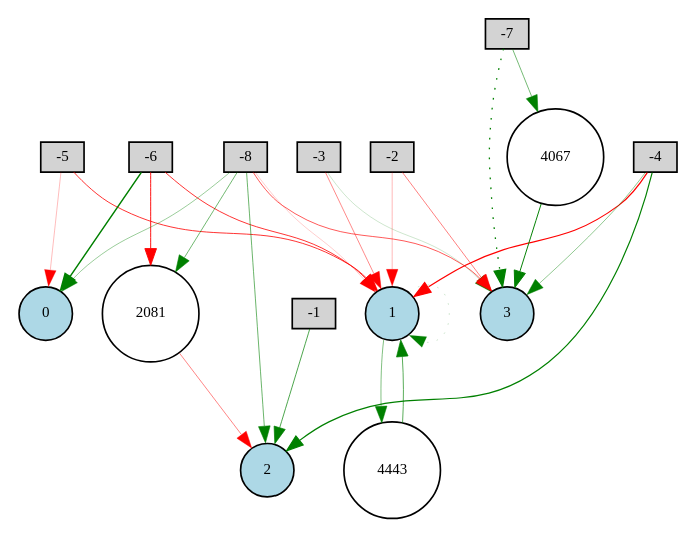
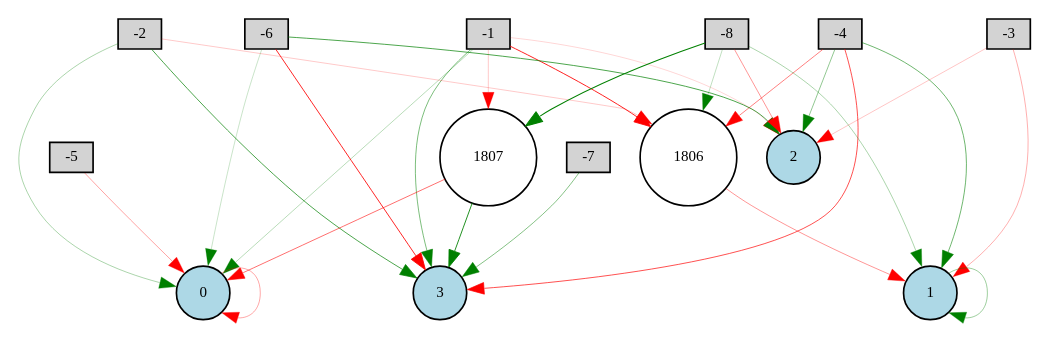
One commit to DanyBoi22/WP_EA_Shared changed the diagram in New folder/py-scripte/NEAT-Code-Template/Digraph.gv. Above: the diagram before and after it, drawn with Graphviz. The commit also changed 4 other files, not shown here.

```diff
--- a/New folder/py-scripte/NEAT-Code-Template/Digraph.gv
+++ b/New folder/py-scripte/NEAT-Code-Template/Digraph.gv
@@ -1,43 +1,45 @@
 digraph {
 	node [fontsize=9 height=0.2 shape=circle width=0.2]
 	-1 [fillcolor=lightgray shape=box style=filled]
 	-2 [fillcolor=lightgray shape=box style=filled]
 	-3 [fillcolor=lightgray shape=box style=filled]
 	-4 [fillcolor=lightgray shape=box style=filled]
 	-5 [fillcolor=lightgray shape=box style=filled]
 	-6 [fillcolor=lightgray shape=box style=filled]
 	-7 [fillcolor=lightgray shape=box style=filled]
 	-8 [fillcolor=lightgray shape=box style=filled]
 	0 [fillcolor=lightblue style=filled]
 	1 [fillcolor=lightblue style=filled]
 	2 [fillcolor=lightblue style=filled]
 	3 [fillcolor=lightblue style=filled]
-	4067 [fillcolor=white style=filled]
-	2081 [fillcolor=white style=filled]
-	4443 [fillcolor=white style=filled]
-	-8 -> 1 [color=red penwidth=0.11820117066678733 style=solid]
-	-3 -> 3 [color=green penwidth=0.12377965938598022 style=solid]
-	-6 -> 0 [color=green penwidth=0.9043138877068128 style=solid]
-	-2 -> 1 [color=red penwidth=0.16531682660136343 style=solid]
-	-3 -> 1 [color=red penwidth=0.28334723550891927 style=solid]
-	-8 -> 0 [color=green penwidth=0.23698247446468357 style=solid]
-	-5 -> 0 [color=red penwidth=0.15943648254432685 style=solid]
-	-4 -> 1 [color=red penwidth=0.7235766639252913 style=solid]
-	-1 -> 2 [color=green penwidth=0.41706265342849 style=solid]
-	1 -> 1 [color=green penwidth=0.12022297731501022 style=dotted]
-	-4 -> 2 [color=green penwidth=0.7072699494933792 style=solid]
-	-8 -> 3 [color=red penwidth=0.3860304330024721 style=solid]
-	-8 -> 2 [color=green penwidth=0.3512382342927819 style=solid]
-	-2 -> 3 [color=red penwidth=0.2960100350373645 style=solid]
-	-5 -> 1 [color=red penwidth=0.48316818031143194 style=solid]
-	-6 -> 1 [color=red penwidth=0.47597761565734176 style=solid]
-	-4 -> 3 [color=green penwidth=0.25581764130248336 style=solid]
-	-8 -> 2081 [color=green penwidth=0.3445868133357262 style=solid]
-	2081 -> 2 [color=red penwidth=0.2871667780895002 style=solid]
-	-7 -> 3 [color=green penwidth=0.7720164502369912 style=dotted]
-	-7 -> 4067 [color=green penwidth=0.3302421546262231 style=solid]
-	4067 -> 3 [color=green penwidth=0.593556955519378 style=solid]
-	-6 -> 2081 [color=red penwidth=0.5553256545426478 style=solid]
-	1 -> 4443 [color=green penwidth=0.30000000000000004 style=solid]
-	4443 -> 1 [color=green penwidth=0.39449706433359766 style=solid]
+	1806 [fillcolor=white style=filled]
+	1807 [fillcolor=white style=filled]
+	1807 -> 3 [color=green penwidth=0.5203779711620016 style=solid]
+	-8 -> 1806 [color=green penwidth=0.14566514705020217 style=solid]
+	-3 -> 2 [color=red penwidth=0.14481735727516964 style=solid]
+	-1 -> 0 [color=green penwidth=0.17334624897534218 style=solid]
+	-8 -> 1 [color=green penwidth=0.198842579177963 style=solid]
+	-1 -> 2 [color=red penwidth=0.10261571090277789 style=solid]
+	0 -> 0 [color=red penwidth=0.20659597960670506 style=solid]
+	-4 -> 1806 [color=red penwidth=0.3046238101887657 style=solid]
+	1807 -> 0 [color=red penwidth=0.33657177871228383 style=solid]
+	1 -> 1 [color=green penwidth=0.23338915448996103 style=solid]
+	-6 -> 3 [color=red penwidth=0.5062444631191089 style=solid]
+	-8 -> 2 [color=red penwidth=0.2525685675812962 style=solid]
+	-1 -> 3 [color=green penwidth=0.3124480326012422 style=solid]
+	-6 -> 2 [color=green penwidth=0.41754650862117026 style=solid]
+	-4 -> 2 [color=green penwidth=0.2644361644646513 style=solid]
+	-6 -> 0 [color=green penwidth=0.1252061942144616 style=solid]
+	-3 -> 1 [color=red penwidth=0.1911413487323248 style=solid]
+	-4 -> 3 [color=red penwidth=0.4121628110286405 style=solid]
+	-8 -> 1807 [color=green penwidth=0.6087222647061465 style=solid]
+	-2 -> 3 [color=green penwidth=0.4245984461068276 style=solid]
+	-1 -> 1807 [color=red penwidth=0.1263129860558826 style=solid]
+	1806 -> 1 [color=red penwidth=0.24524243328906933 style=solid]
+	-7 -> 3 [color=green penwidth=0.2919539417979974 style=solid]
+	-5 -> 0 [color=red penwidth=0.21653527123366925 style=solid]
+	-2 -> 1806 [color=red penwidth=0.13241385388964458 style=solid]
+	-4 -> 1 [color=green penwidth=0.3397100597911942 style=solid]
+	-2 -> 0 [color=green penwidth=0.2020533349976177 style=solid]
+	-1 -> 1806 [color=red penwidth=0.5175559716083108 style=solid]
 }
```
